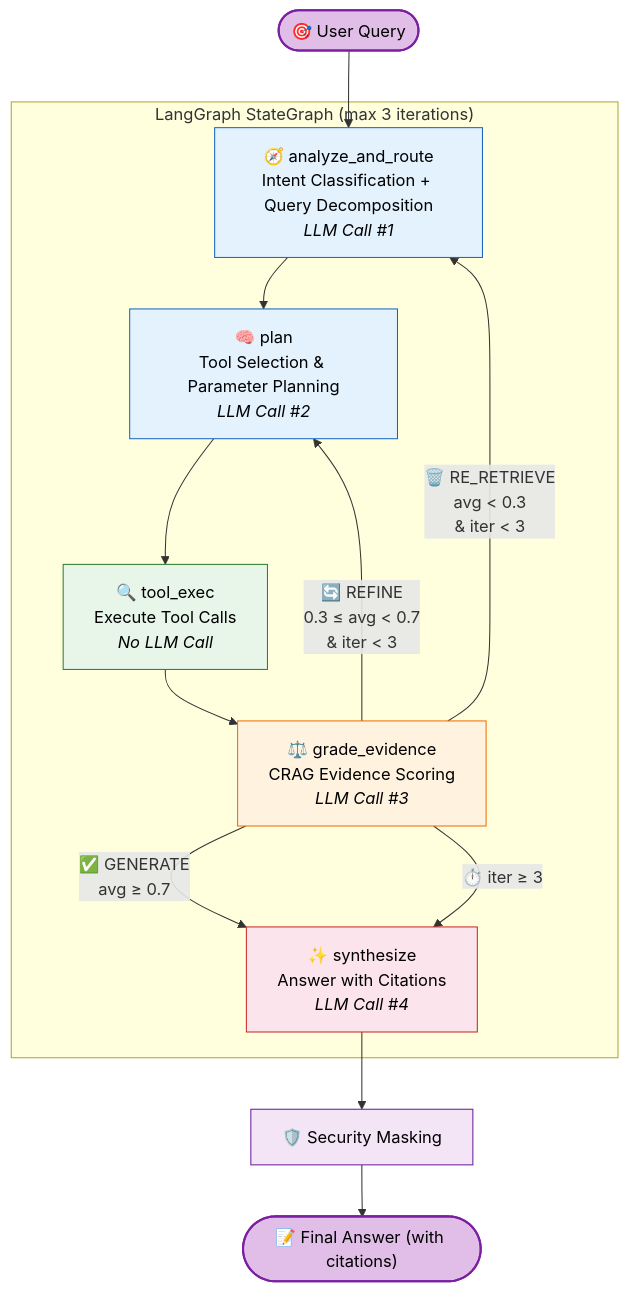
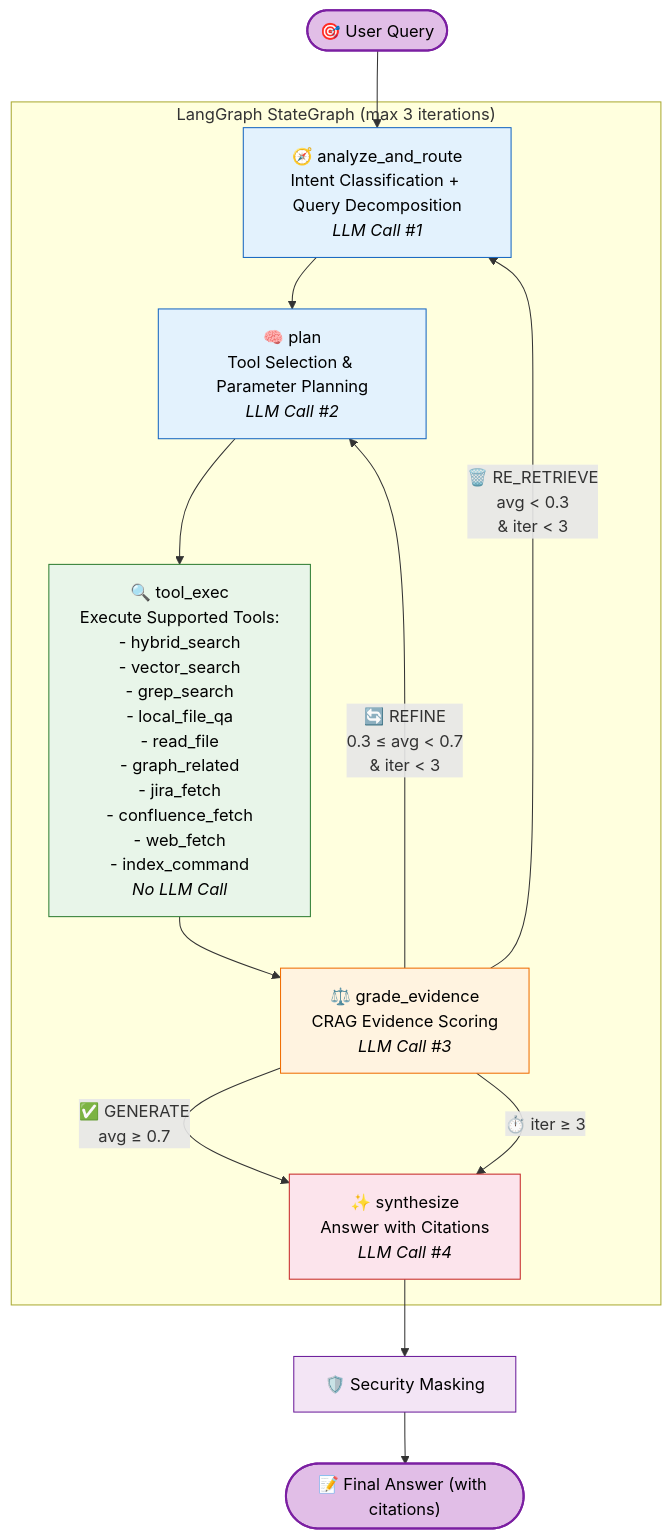
The diagram in README.md (coin1860/kb-agent), drawn with Mermaid before and after one commit. The commit also changed other lines of this file, not shown here.

Commit message:
docs: update README with GTS KB Agent branding, architecture, and UI screenshots

````diff
--- a/README.md
+++ b/README.md
@@ -77,32 +81,32 @@
 ```mermaid
 graph TD
     Start(["🎯 User Query"]) --> Analyze
 
     subgraph "LangGraph StateGraph (max 3 iterations)"
         Analyze["🧭 analyze_and_route<br/>Intent Classification + Query Decomposition<br/><i>LLM Call #1</i>"]
         Plan["🧠 plan<br/>Tool Selection & Parameter Planning<br/><i>LLM Call #2</i>"]
-        ToolExec["🔍 tool_exec<br/>Execute Tool Calls<br/><i>No LLM Call</i>"]
+        ToolExec["🔍 tool_exec<br/>Execute Supported Tools:<br/>- hybrid_search<br/>- vector_search<br/>- grep_search<br/>- local_file_qa<br/>- read_file<br/>- graph_related<br/>- jira_fetch<br/>- confluence_fetch<br/>- web_fetch<br/>- index_command<br/><i>No LLM Call</i>"]
         Grade["⚖️ grade_evidence<br/>CRAG Evidence Scoring<br/><i>LLM Call #3</i>"]
         Synth["✨ synthesize<br/>Answer with Citations<br/><i>LLM Call #4</i>"]
 
         Analyze --> Plan
         Plan --> ToolExec
         ToolExec --> Grade
         Grade -->|"✅ GENERATE<br/>avg ≥ 0.7"| Synth
         Grade -->|"🔄 REFINE<br/>0.3 ≤ avg < 0.7<br/>& iter < 3"| Plan
         Grade -->|"🗑️ RE_RETRIEVE<br/>avg < 0.3<br/>& iter < 3"| Analyze
         Grade -->|"⏱️ iter ≥ 3"| Synth
     end
 
     Synth --> Mask["🛡️ Security Masking"]
     Mask --> End(["📝 Final Answer (with citations)"])
 
     style Start fill:#e1bee7,stroke:#7b1fa2,stroke-width:2px,color:#000
     style End fill:#e1bee7,stroke:#7b1fa2,stroke-width:2px,color:#000
     style Analyze fill:#e3f2fd,stroke:#1565c0,color:#000
     style Plan fill:#e3f2fd,stroke:#1565c0,color:#000
     style ToolExec fill:#e8f5e9,stroke:#2e7d32,color:#000
     style Grade fill:#fff3e0,stroke:#ef6c00,color:#000
     style Synth fill:#fce4ec,stroke:#c62828,color:#000
     style Mask fill:#f3e5f5,stroke:#6a1b9a,color:#000
 ```
````
